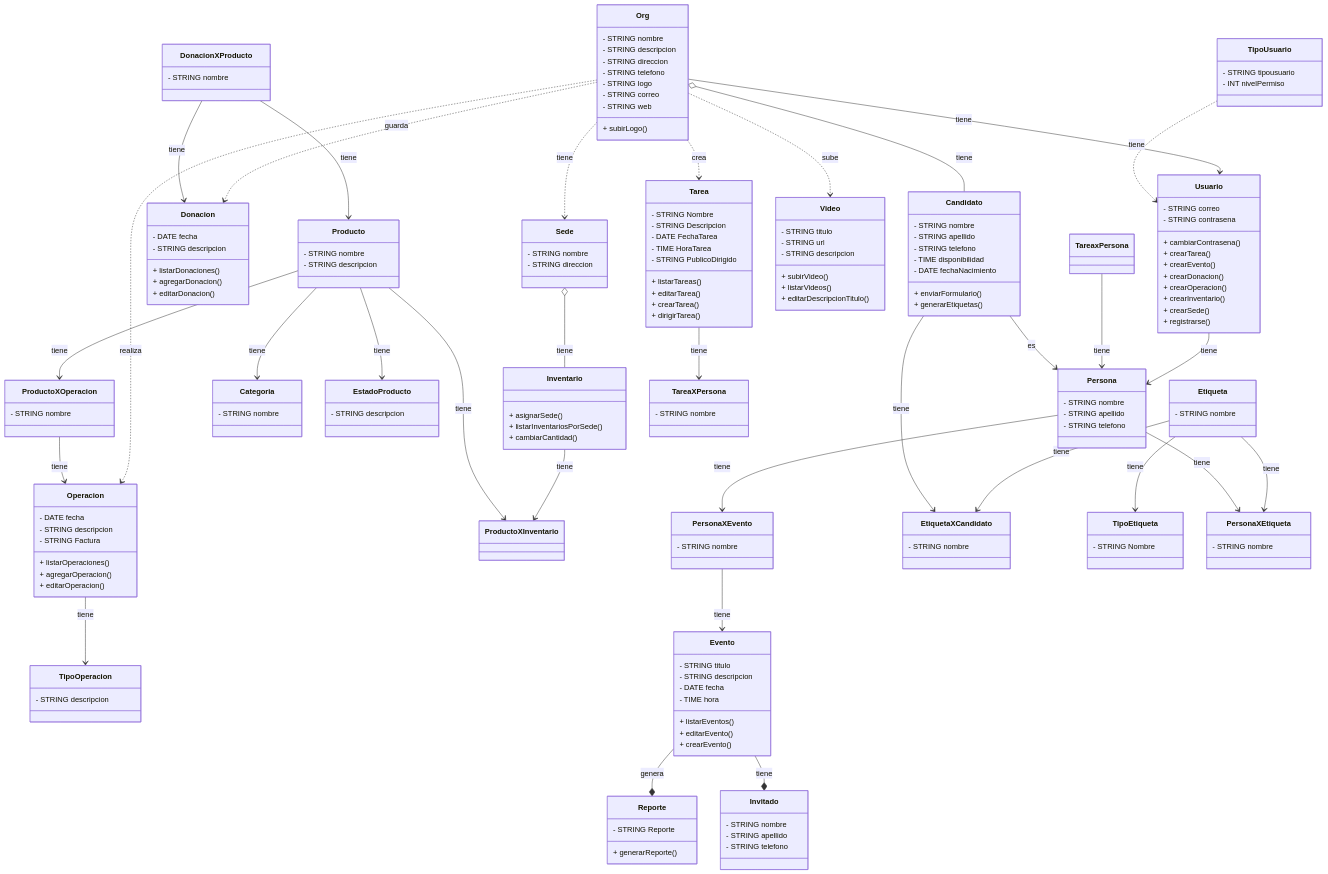
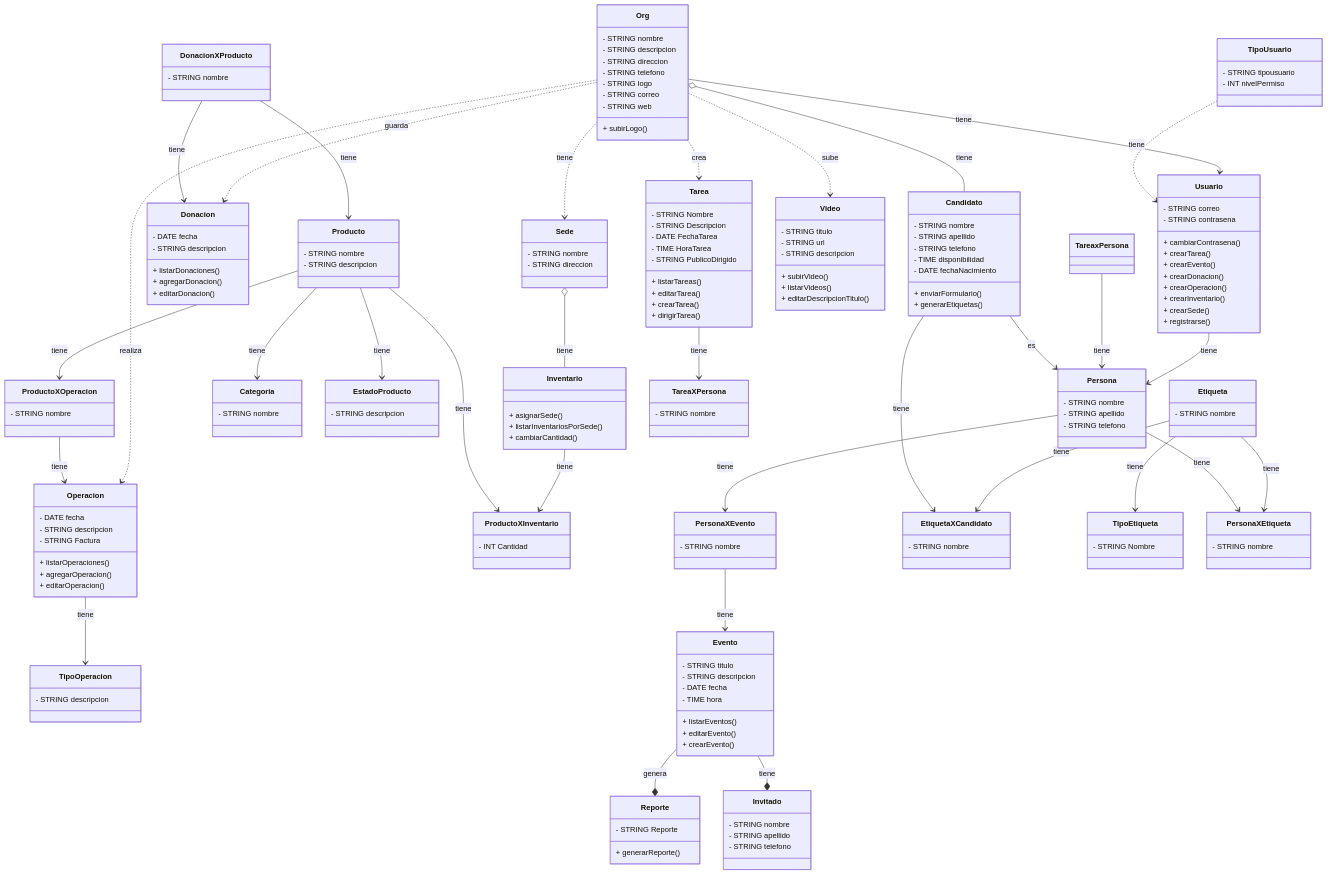
The diagram in docs/classDiagram.mmd (facugirardi/Vaid), drawn with Mermaid before and after one commit. The commit also changed 2 other files, not shown here.

```diff
--- a/docs/classDiagram.mmd
+++ b/docs/classDiagram.mmd
@@ -86,9 +86,14 @@
         + cambiarCantidad()
     }
 
-        class Producto {
+    class Producto {
         - STRING nombre
         - STRING descripcion
+    }
+    
+    class ProductoXInventario{
+    	- INT Cantidad
+    	
     }
 
     class Categoria {
```
